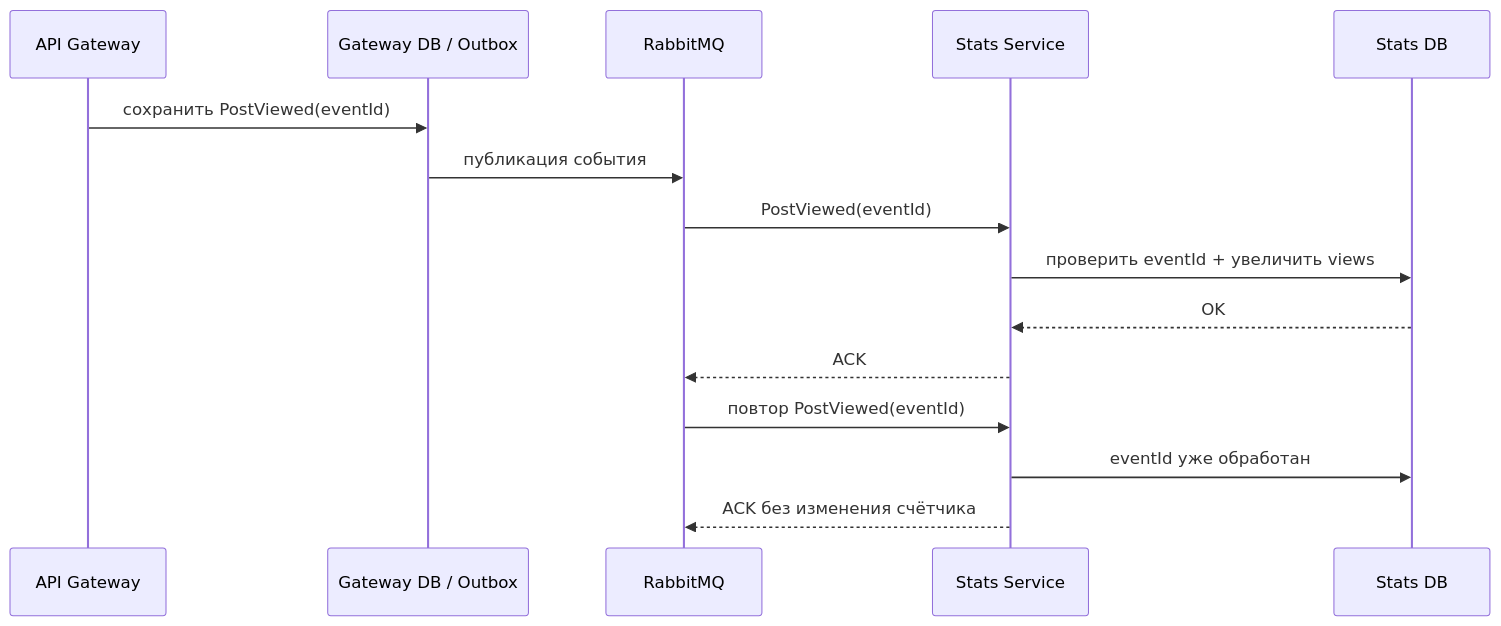
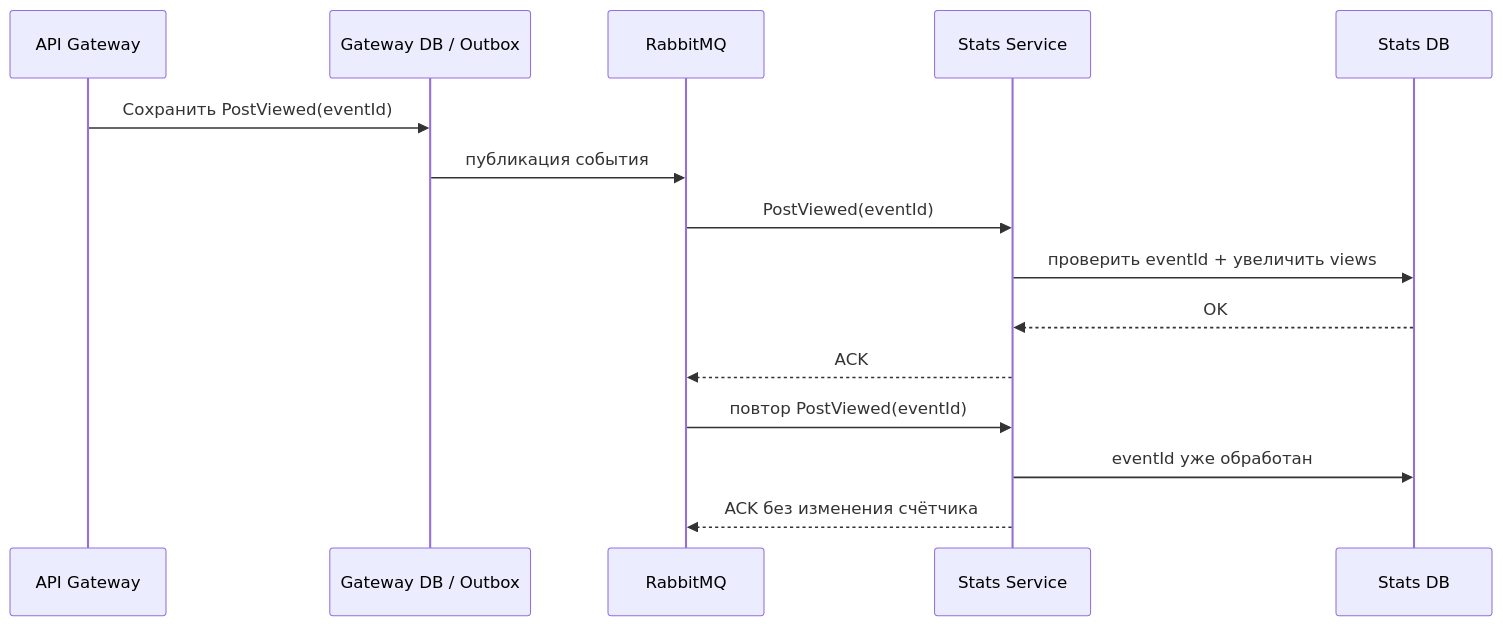
One commit to spbu-ds-practicum-2026/brigada changed the seventh of 8 diagrams in docs/tr.md. Above: the diagram before and after it, drawn with Mermaid. The commit also changed other lines of this file, not shown here.

````diff
--- a/docs/tr.md
+++ b/docs/tr.md
@@ -629,18 +629,18 @@
 ```mermaid
 sequenceDiagram
     participant Gateway as API Gateway
     participant Outbox as Gateway DB / Outbox
     participant Broker as RabbitMQ
     participant Stats as Stats Service
     participant StatsDB as Stats DB
 
-    Gateway->>Outbox: сохранить PostViewed(eventId)
+    Gateway->>Outbox: Сохранить PostViewed(eventId)
     Outbox->>Broker: публикация события
     Broker->>Stats: PostViewed(eventId)
     Stats->>StatsDB: проверить eventId + увеличить views
     StatsDB-->>Stats: OK
     Stats-->>Broker: ACK
     Broker->>Stats: повтор PostViewed(eventId)
     Stats->>StatsDB: eventId уже обработан
     Stats-->>Broker: ACK без изменения счётчика
 ```
````
